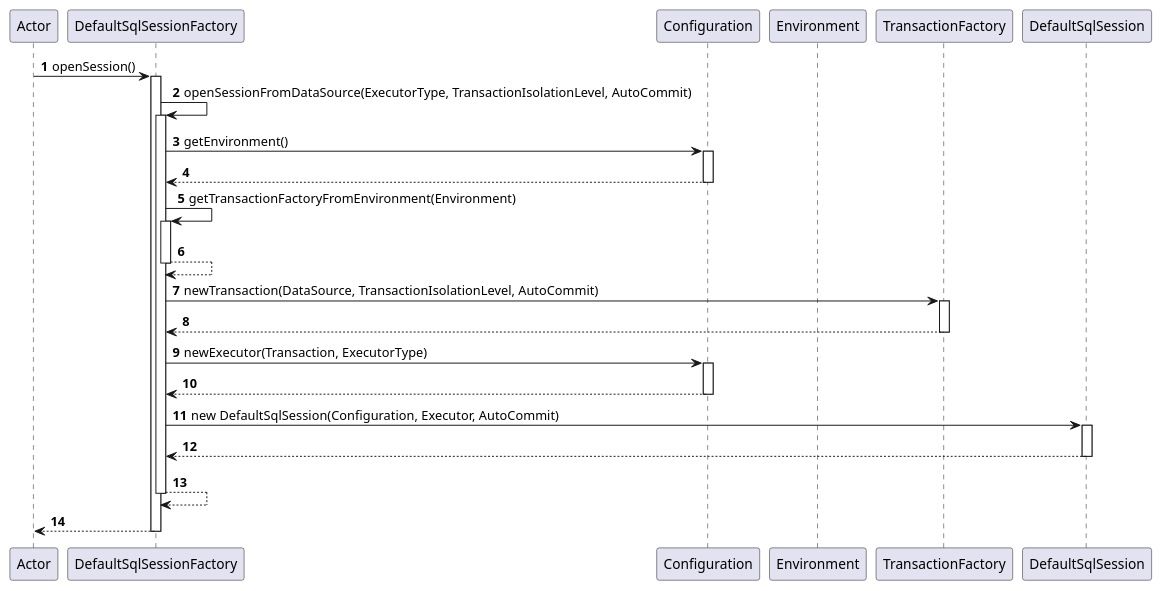
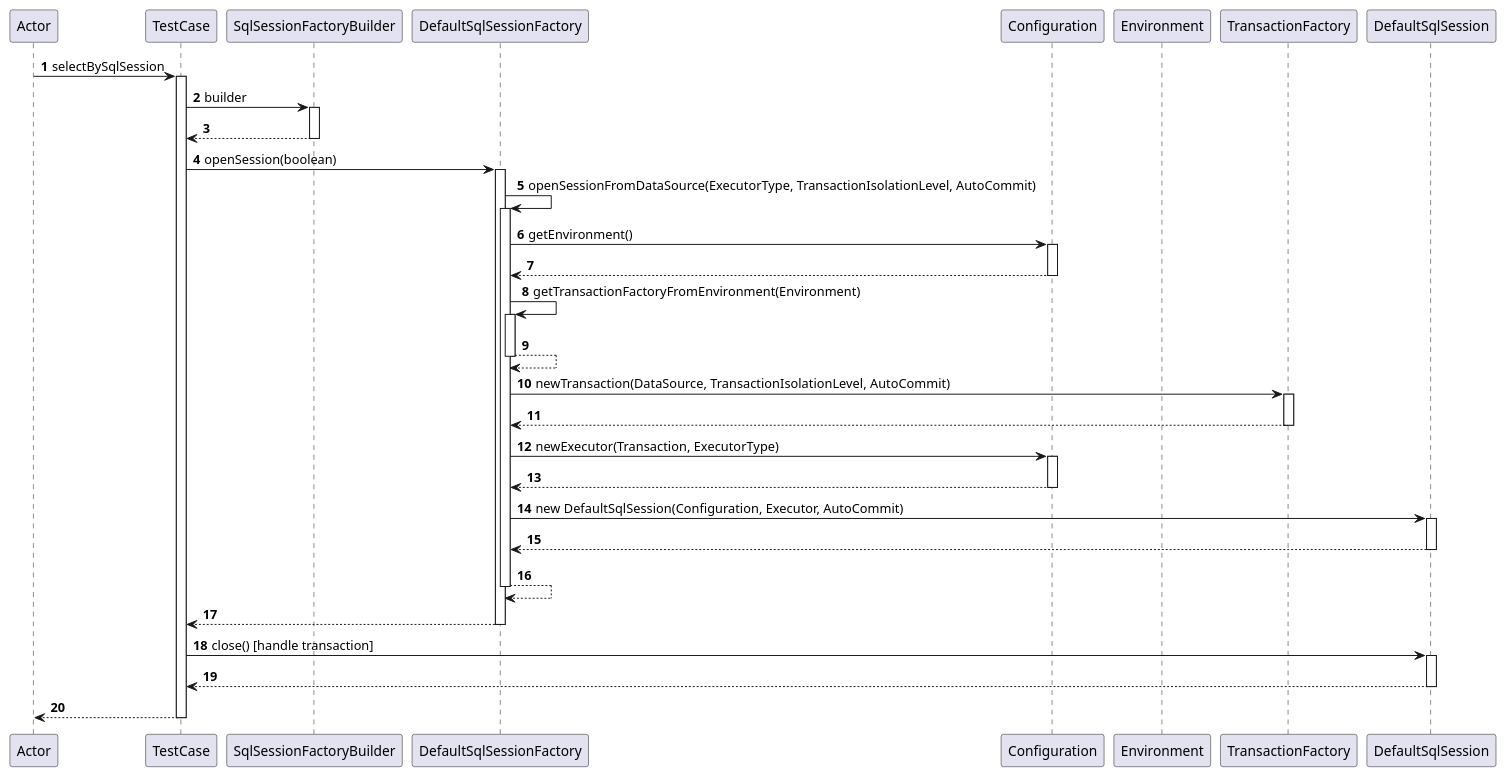
One commit to bingowangzhb/mybatis-samples changed the diagram in doc/OpenSession.puml. Above: the diagram before and after it, drawn with PlantUML. The commit also changed 2 other files, not shown here.

```diff
--- a/doc/OpenSession.puml
+++ b/doc/OpenSession.puml
@@ -1,28 +1,40 @@
 @startuml
 
 participant Actor
+participant TestCase as TC
+participant SqlSessionFactoryBuilder as S
 participant DefaultSqlSessionFactory as A
 participant Configuration as B
 participant Environment as C
 participant TransactionFactory as D
 participant DefaultSqlSession as E
 autonumber
-Actor -> A ++ : openSession()
-A -> A ++ : openSessionFromDataSource(ExecutorType, TransactionIsolationLevel, AutoCommit)
-A -> B ++ : getEnvironment()
-return
 
-A -> A ++ : getTransactionFactoryFromEnvironment(Environment)
-return
+Actor -> TC ++ : selectBySqlSession
+    TC -> S ++ : builder
+    return
+    TC -> A ++ : openSession(boolean)
+        A -> A ++ : openSessionFromDataSource(ExecutorType, TransactionIsolationLevel, AutoCommit)
+            A -> B ++ : getEnvironment()
+            return
 
-A -> D ++ : newTransaction(DataSource, TransactionIsolationLevel, AutoCommit)
-return
+            A -> A ++ : getTransactionFactoryFromEnvironment(Environment)
+            return
 
-A -> B ++ : newExecutor(Transaction, ExecutorType)
-return
+            A -> D ++ : newTransaction(DataSource, TransactionIsolationLevel, AutoCommit)
+            return
 
-A -> E ++ : new DefaultSqlSession(Configuration, Executor, AutoCommit)
-return
-return
+            A -> B ++ : newExecutor(Transaction, ExecutorType)
+            return
+
+            A -> E ++ : new DefaultSqlSession(Configuration, Executor, AutoCommit)
+            return
+        return
+    return
+
+    TC -> E ++ : close() [handle transaction]
+
+    return
+
 return
 @enduml
```
